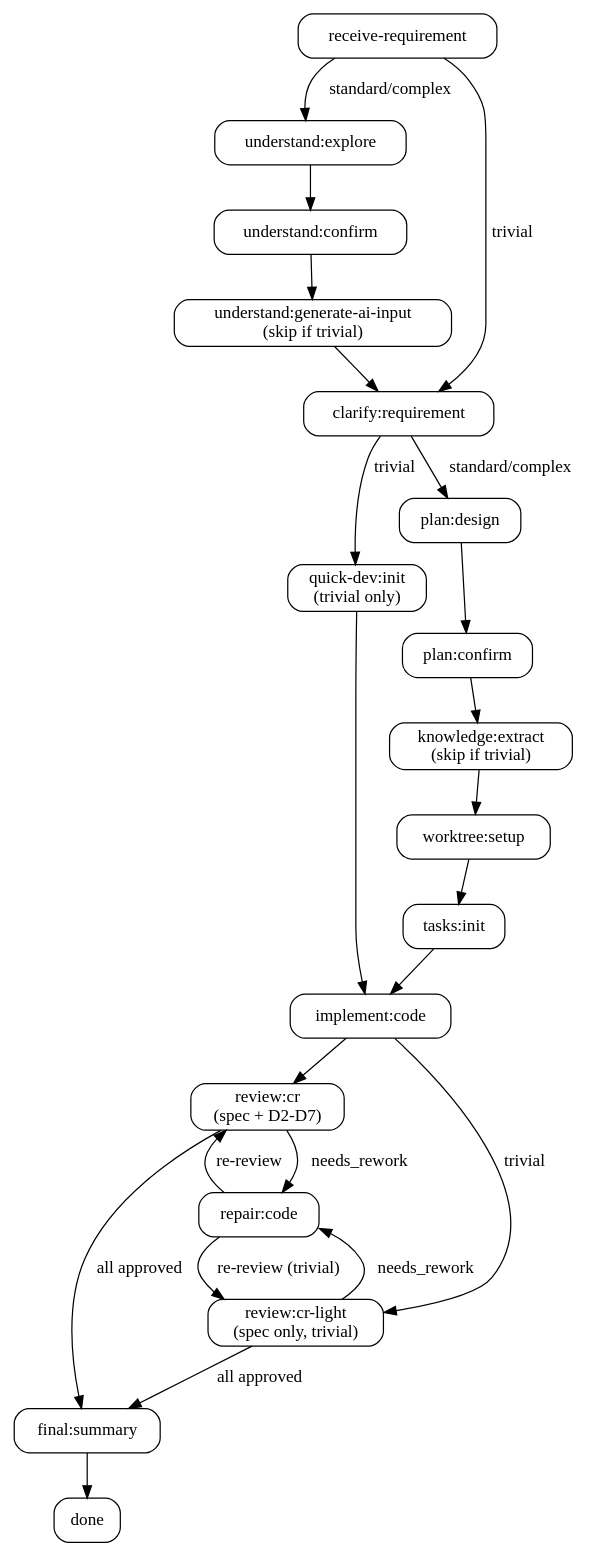
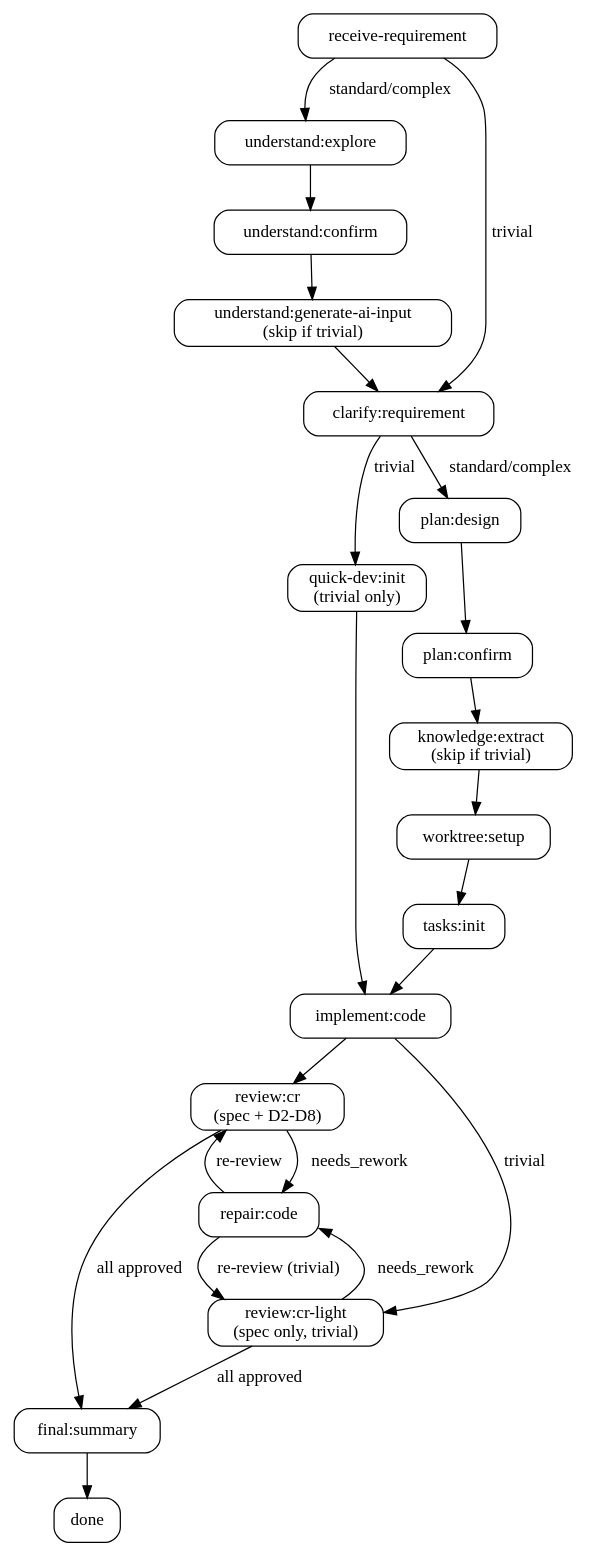
Before and after one commit to Jxin-Cai/chisel: the diagram in skills/chisel/SKILL.md, drawn with Graphviz. The commit also changed other lines of this file and 13 other files, not shown here.

````diff
--- a/skills/chisel/SKILL.md
+++ b/skills/chisel/SKILL.md
@@ -51,40 +51,40 @@
 ```dot
 digraph chisel_flow {
   rankdir=TB; node [shape=box, style=rounded];
   receive [label="receive-requirement"];
   explore [label="understand:explore"];
   u_confirm [label="understand:confirm"];
   ai_input [label="understand:generate-ai-input\n(skip if trivial)"];
   clarify [label="clarify:requirement"];
   quickdev [label="quick-dev:init\n(trivial only)"];
   design [label="plan:design"];
   p_confirm [label="plan:confirm"];
   knowledge [label="knowledge:extract\n(skip if trivial)"];
   worktree [label="worktree:setup"];
   tasks [label="tasks:init"];
   implement [label="implement:code"];
-  review [label="review:cr\n(spec + D2-D7)"];
+  review [label="review:cr\n(spec + D2-D8)"];
   review_light [label="review:cr-light\n(spec only, trivial)"];
   repair [label="repair:code"];
   final [label="final:summary"];
   done [label="done"];
 
   receive -> explore [label="standard/complex"];
   receive -> clarify [label="trivial"];
   explore -> u_confirm -> ai_input -> clarify;
   clarify -> quickdev [label="trivial"];
   clarify -> design [label="standard/complex"];
   quickdev -> implement;
   design -> p_confirm -> knowledge;
   knowledge -> worktree -> tasks;
   tasks -> implement -> review;
   implement -> review_light [label="trivial"];
   review -> repair [label="needs_rework"];
   review_light -> repair [label="needs_rework"];
   repair -> review [label="re-review"];
   repair -> review_light [label="re-review (trivial)"];
   review -> final [label="all approved"];
   review_light -> final [label="all approved"];
   final -> done;
 }
 ```
````
